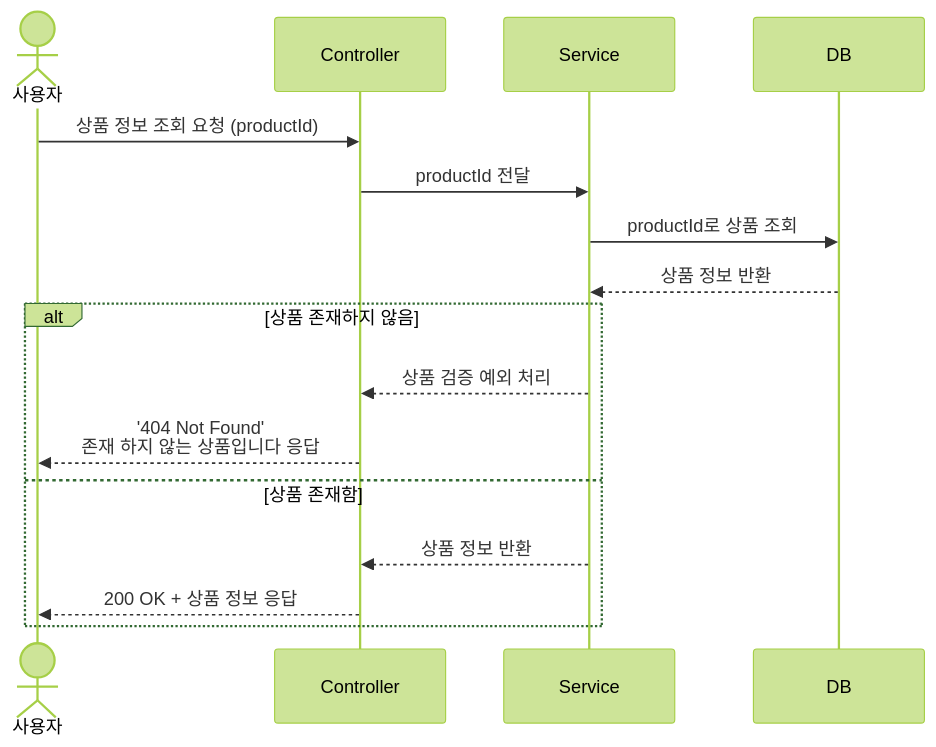
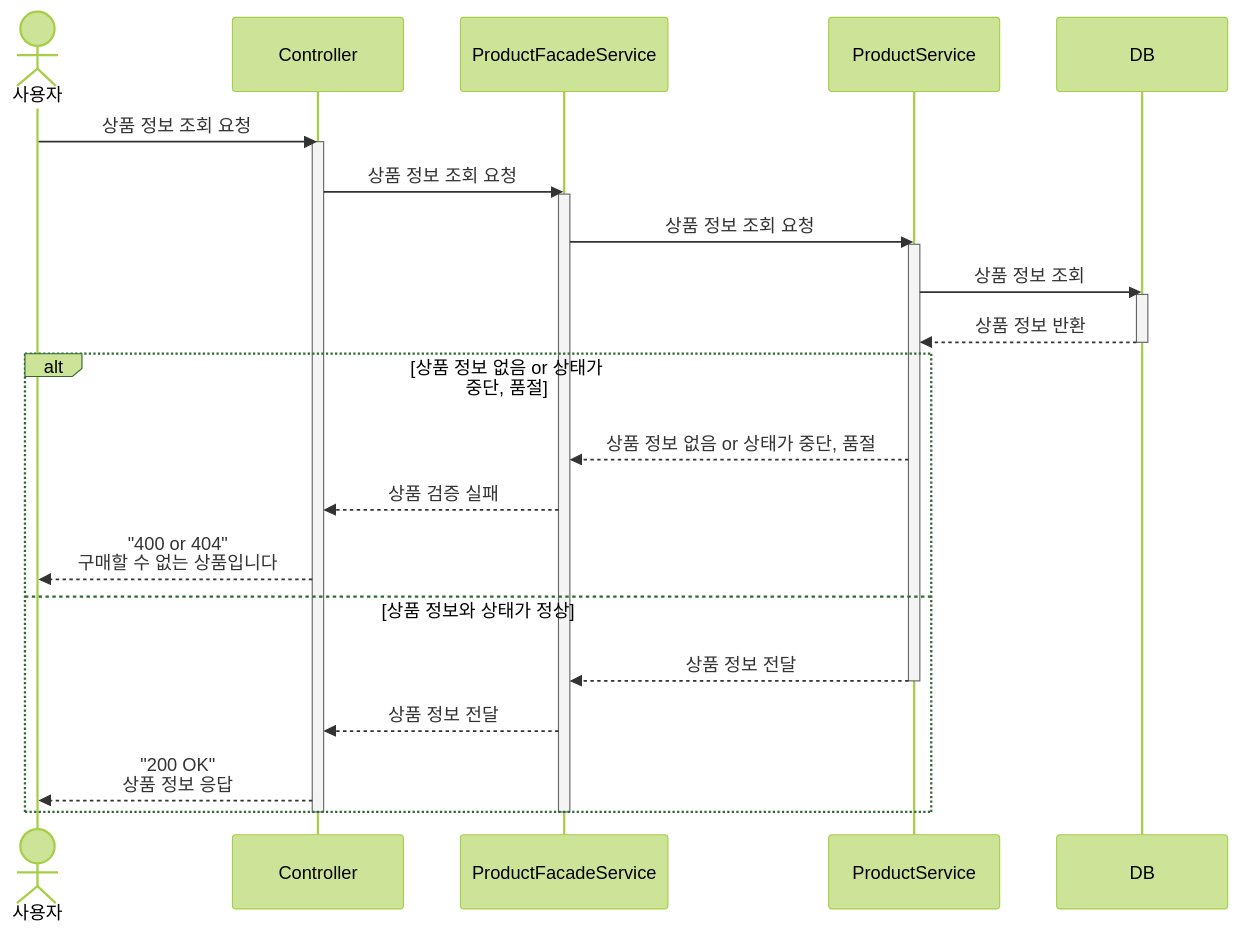
The third of 8 diagrams in docs/SequenceDiagram.md (maengjjin/hhplus-service), drawn with Mermaid (forest theme) before and after one commit. The commit also changed other lines of this file, not shown here.

Commit message:
- 시퀀스 다이어그램 수정 (Actor 추가 및 파사드 패턴 반영) close #4

````diff
--- a/docs/SequenceDiagram.md
+++ b/docs/SequenceDiagram.md
@@ -63,20 +119,37 @@
 ```mermaid
 sequenceDiagram
     actor User as 사용자
     participant Controller
-    participant Service
+    participant ProductFacadeService
+    participant ProductService
     participant DB
 
-    User ->> Controller: 상품 정보 조회 요청 (productId)
-    Controller ->> Service: productId 전달
-    Service ->> DB: productId로 상품 조회
-    DB -->> Service: 상품 정보 반환
+    User ->> Controller: 상품 정보 조회 요청
+    activate Controller
 
-    alt 상품 존재하지 않음
-        Service -->> Controller: 상품 검증 예외 처리 
-        Controller -->> User: '404 Not Found' <br>존재 하지 않는 상품입니다 응답
-    else 상품 존재함
-        Service -->> Controller: 상품 정보 반환
-        Controller -->> User: 200 OK + 상품 정보 응답
+    Controller ->> ProductFacadeService: 상품 정보 조회 요청
+    activate ProductFacadeService
+
+    ProductFacadeService ->> ProductService: 상품 정보 조회 요청
+    activate ProductService
+
+    ProductService ->> DB: 상품 정보 조회
+    activate DB
+    DB -->> ProductService: 상품 정보 반환
+    deactivate DB
+
+    alt 상품 정보 없음 or 상태가 중단, 품절
+        ProductService -->> ProductFacadeService: 상품 정보 없음 or 상태가 중단, 품절
+        ProductFacadeService -->> Controller: 상품 검증 실패
+        Controller -->> User: "400 or 404"<br>구매할 수 없는 상품입니다
+    else 상품 정보와 상태가 정상
+        ProductService -->> ProductFacadeService: 상품 정보 전달
+        deactivate ProductService
+
+        ProductFacadeService -->> Controller: 상품 정보 전달
+        Controller -->> User: "200 OK"<br>상품 정보 응답
     end
+
+    deactivate ProductFacadeService
+    deactivate Controller
 ```
````
